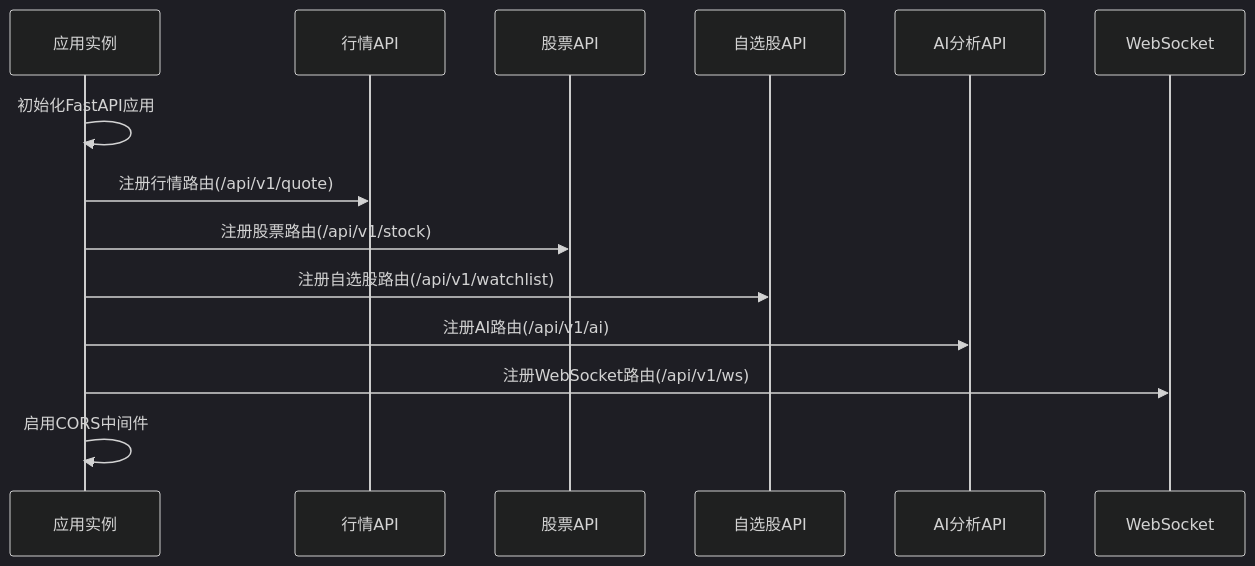
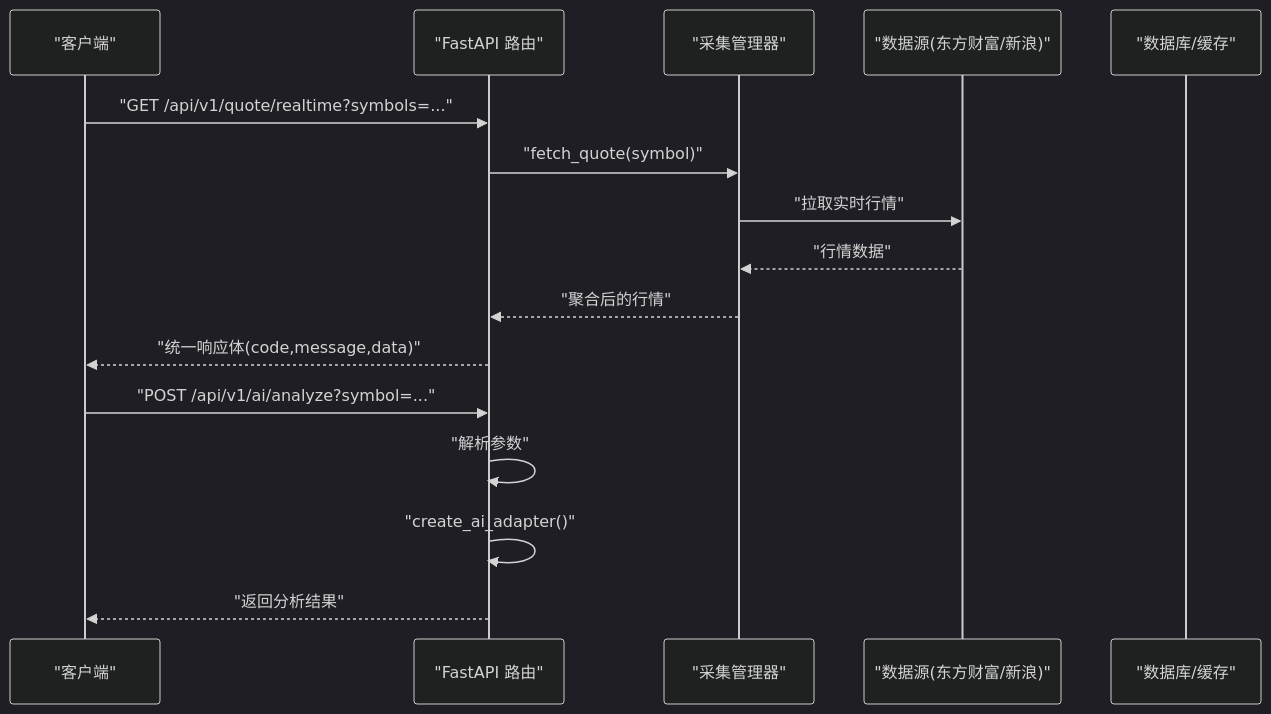
Before and after one commit to We3le7/stock-view: the second of 4 diagrams in .qoder/repowiki/zh/content/API接口文档/API接口文档.md, drawn with Mermaid (dark theme). The commit also changed other lines of this file and 142 other files, not shown here.

````diff
--- a/.qoder/repowiki/zh/content/API接口文档/API接口文档.md
+++ b/.qoder/repowiki/zh/content/API接口文档/API接口文档.md
@@ -92,16 +103,18 @@
 ```mermaid
 sequenceDiagram
-participant App as 应用实例
-participant Quote as 行情API
-participant Stock as 股票API
-participant Watchlist as 自选股API
-participant AI as AI分析API
-participant WS as WebSocket
-App->>App : 初始化FastAPI应用
-App->>Quote : 注册行情路由(/api/v1/quote)
-App->>Stock : 注册股票路由(/api/v1/stock)
-App->>Watchlist : 注册自选股路由(/api/v1/watchlist)
-App->>AI : 注册AI路由(/api/v1/ai)
-App->>WS : 注册WebSocket路由(/api/v1/ws)
-App->>App : 启用CORS中间件
+participant Client as "客户端"
+participant API as "FastAPI 路由"
+participant CM as "采集管理器"
+participant DS as "数据源(东方财富/新浪)"
+participant DB as "数据库/缓存"
+Client->>API : "GET /api/v1/quote/realtime?symbols=..."
+API->>CM : "fetch_quote(symbol)"
+CM->>DS : "拉取实时行情"
+DS-->>CM : "行情数据"
+CM-->>API : "聚合后的行情"
+API-->>Client : "统一响应体(code,message,data)"
+Client->>API : "POST /api/v1/ai/analyze?symbol=..."
+API->>API : "解析参数"
+API->>API : "create_ai_adapter()"
+API-->>Client : "返回分析结果"
 ```
````
